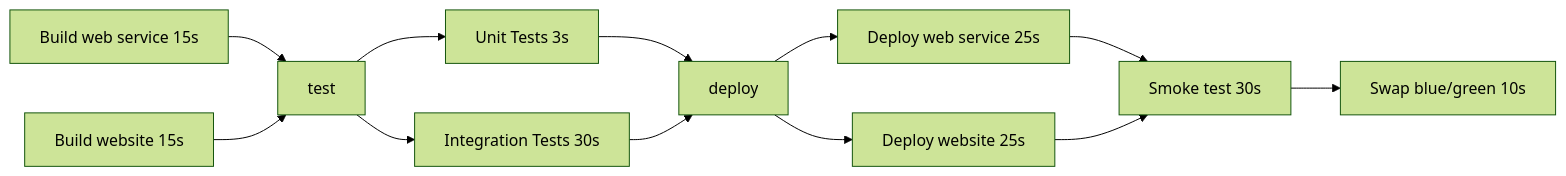
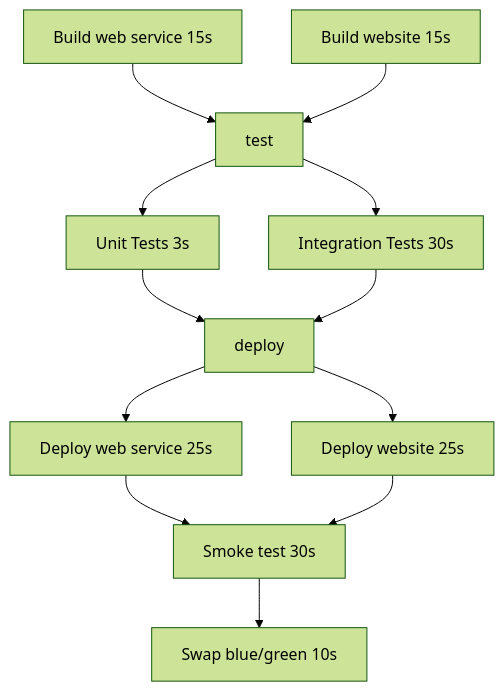
Before and after one commit to samsmithnz/ParallelPipelinesDemo: the second of 2 diagrams in README.md, drawn with Mermaid (forest theme). The commit also changed other lines of this file, not shown here.

Commit message:
top down

````diff
--- a/README.md
+++ b/README.md
@@ -10,10 +11,10 @@
 ```mermaid
-  graph LR;
+  graph TD;
       buildWeb[Build web service 15s]-->test
       buildWebService[Build website 15s]-->test;
       test-->unitTest[Unit Tests 3s]-->deploy;
       test-->integrationTest[Integration Tests 30s]-->deploy;
       deploy-->deployWebService[Deploy web service 25s]-->smoke[Smoke test 30s];
       deploy-->deployWeb[Deploy website 25s]-->smoke[Smoke test 30s];
       smoke[Smoke test 30s]-->swap[Swap blue/green 10s];
 ```
````
